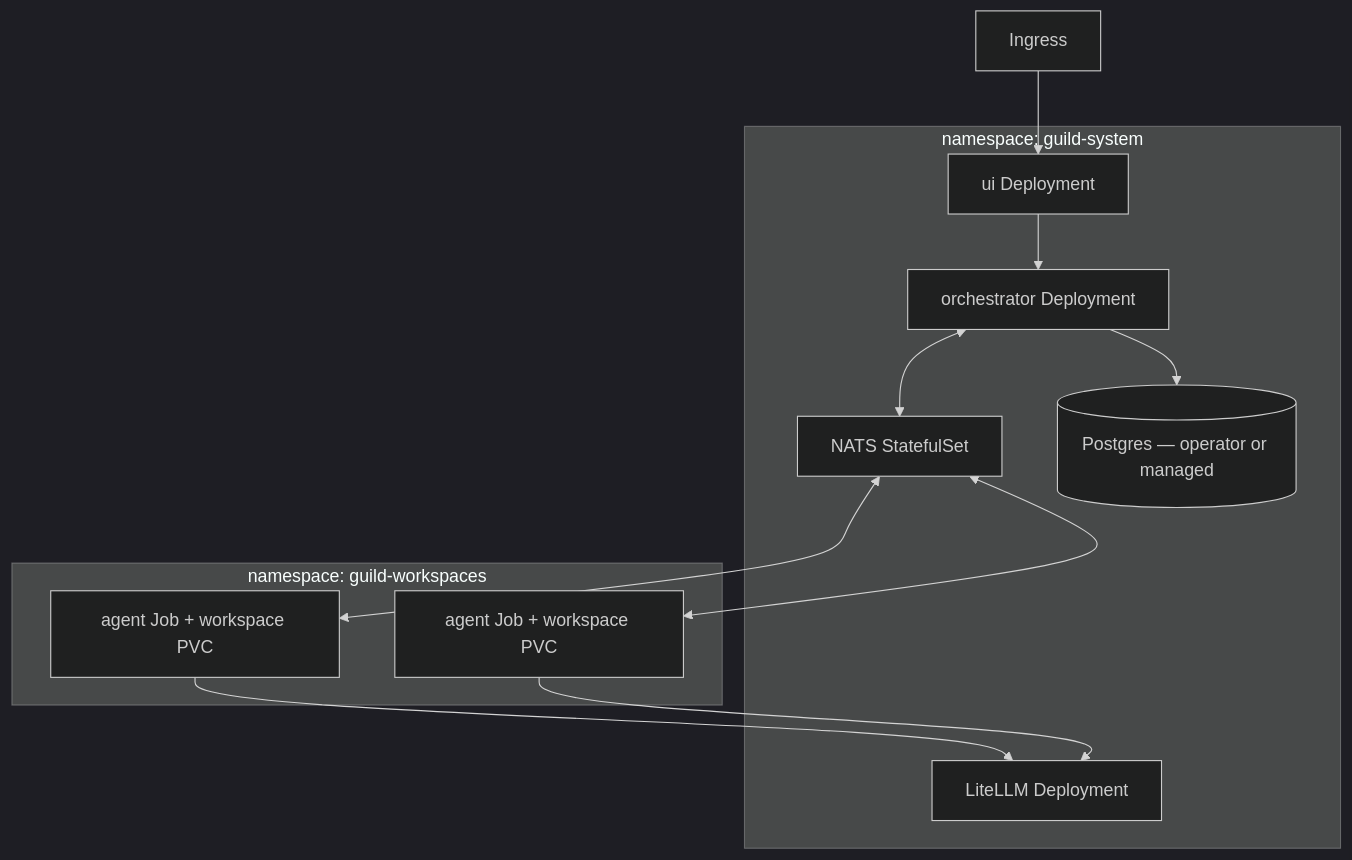
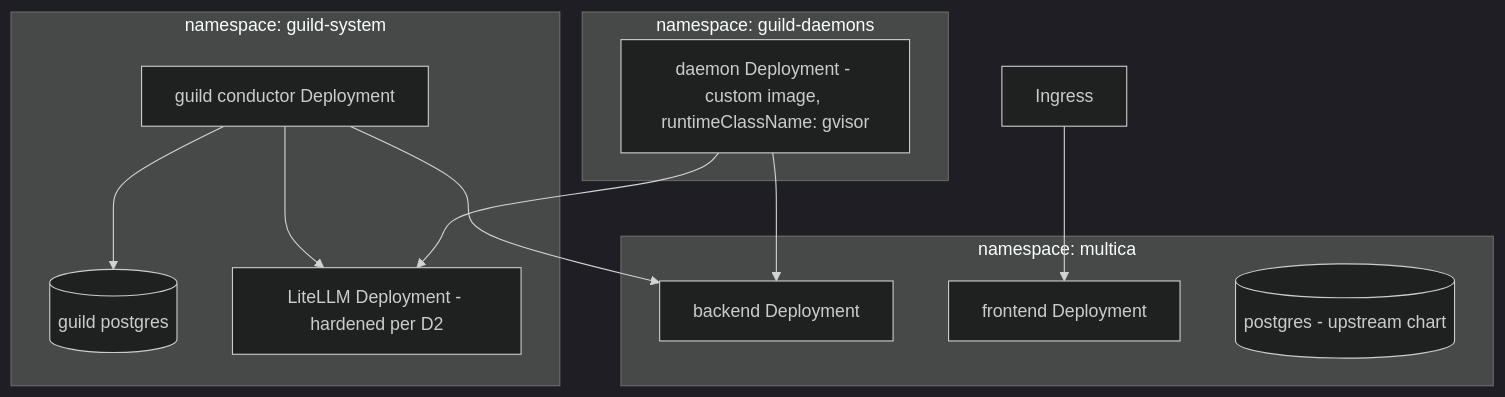
One commit to maacarbo/guild changed the second of 2 diagrams in docs/ARCHITECTURE.md. Above: the diagram before and after it, drawn with Mermaid (dark theme). The commit also changed other lines of this file and 26 other files, not shown here.

First line of the commit message:
Reposition Guild as the SDLC governance layer over Multica (D8); open-source on GitHub

````diff
--- a/docs/ARCHITECTURE.md
+++ b/docs/ARCHITECTURE.md
@@ -211,18 +104,22 @@
 ```mermaid
 flowchart TB
-    subgraph ns1["namespace: guild-system"]
-        UI2[ui Deployment]
-        ORC2[orchestrator Deployment]
-        NATS2[NATS StatefulSet]
-        LLM2[LiteLLM Deployment]
-        PG2[(Postgres — operator or managed)]
+    subgraph ns1["namespace: multica"]
+        BE[backend Deployment]
+        FE[frontend Deployment]
+        MPG[(postgres - upstream chart)]
     end
-    subgraph ns2["namespace: guild-workspaces"]
-        J1[agent Job + workspace PVC]
-        J2[agent Job + workspace PVC]
+    subgraph ns2["namespace: guild-system"]
+        GC[guild conductor Deployment]
+        GPG[(guild postgres)]
+        LLM2[LiteLLM Deployment - hardened per D2]
     end
-    ING[Ingress] --> UI2 --> ORC2
-    ORC2 <--> NATS2 <--> J1 & J2
-    J1 & J2 --> LLM2
-    ORC2 --> PG2
+    subgraph ns3["namespace: guild-daemons"]
+        D1[daemon Deployment - custom image, runtimeClassName: gvisor]
+    end
+    ING[Ingress] --> FE
+    GC --> BE
+    D1 --> BE
+    D1 --> LLM2
+    GC --> LLM2
+    GC --> GPG
 ```
````
